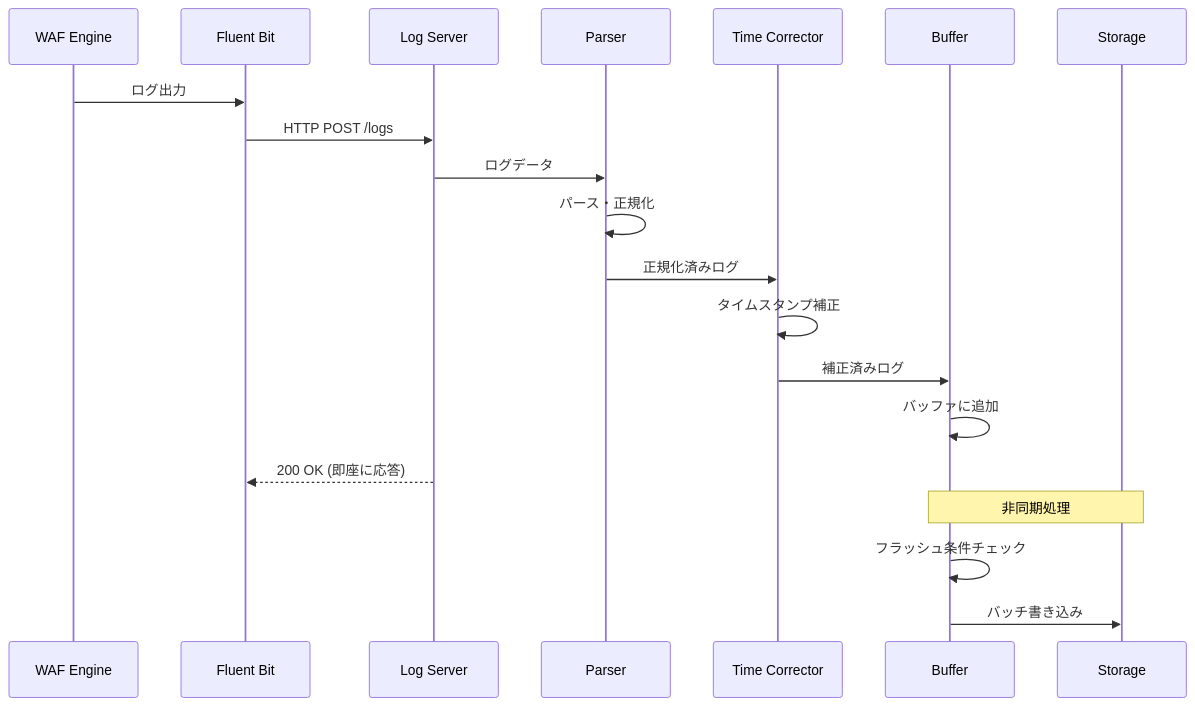
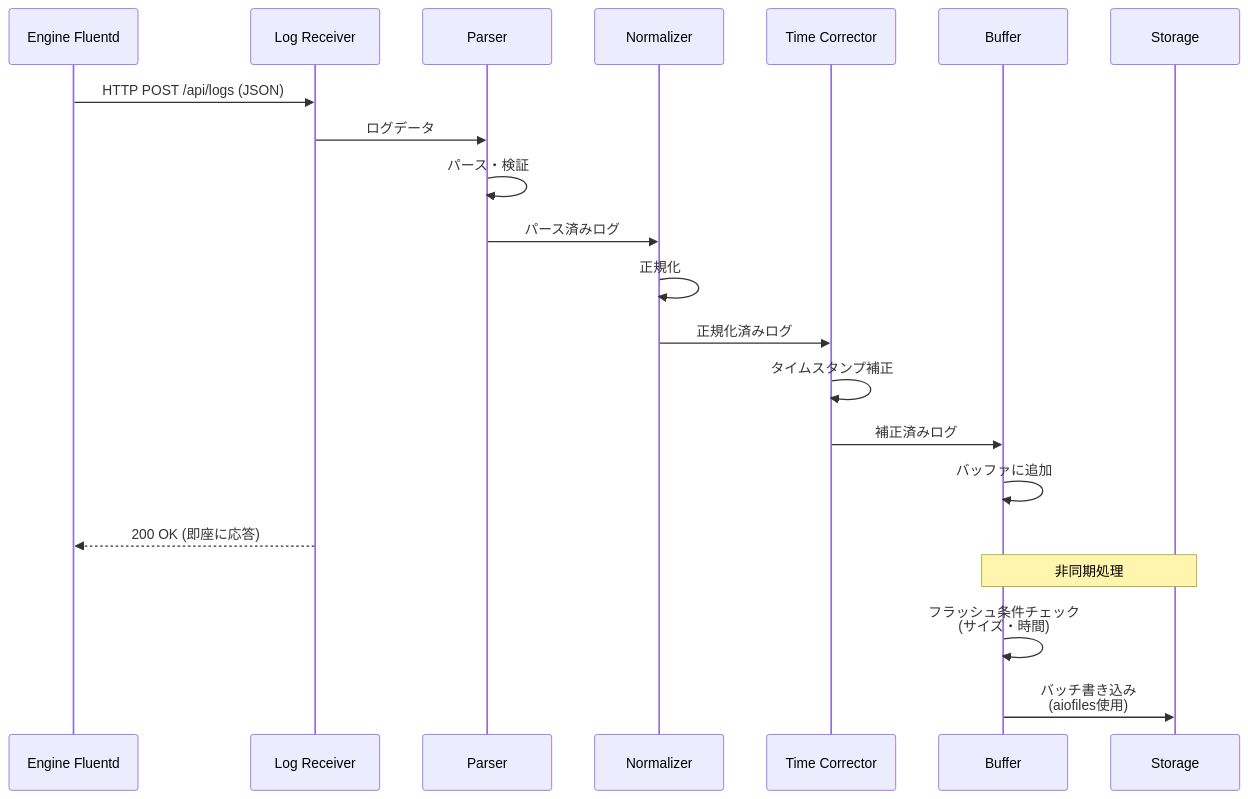
The second of 3 diagrams in docs/design/MWD-53-log-collection.md (kencom2400/MrWebDefence-LogServer), drawn with Mermaid before and after one commit. The commit also changed other lines of this file and 2 other files, not shown here.

````diff
--- a/docs/design/MWD-53-log-collection.md
+++ b/docs/design/MWD-53-log-collection.md
@@ -72,24 +168,25 @@
 ```mermaid
 sequenceDiagram
-    participant WAF as WAF Engine
-    participant FB as Fluent Bit
-    participant LS as Log Server
+    participant EF as Engine Fluentd
+    participant LR as Log Receiver
     participant P as Parser
+    participant N as Normalizer
     participant TC as Time Corrector
     participant B as Buffer
     participant S as Storage
 
-    WAF->>FB: ログ出力
-    FB->>LS: HTTP POST /logs
-    LS->>P: ログデータ
-    P->>P: パース・正規化
-    P->>TC: 正規化済みログ
+    EF->>LR: HTTP POST /api/logs (JSON)
+    LR->>P: ログデータ
+    P->>P: パース・検証
+    P->>N: パース済みログ
+    N->>N: 正規化
+    N->>TC: 正規化済みログ
     TC->>TC: タイムスタンプ補正
     TC->>B: 補正済みログ
     B->>B: バッファに追加
-    LS-->>FB: 200 OK (即座に応答)
+    LR-->>EF: 200 OK (即座に応答)
     
     Note over B,S: 非同期処理
-    B->>B: フラッシュ条件チェック
-    B->>S: バッチ書き込み
+    B->>B: フラッシュ条件チェック<br/>(サイズ・時間)
+    B->>S: バッチ書き込み<br/>(aiofiles使用)
 ```
````
